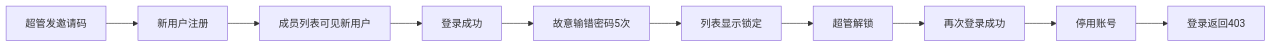
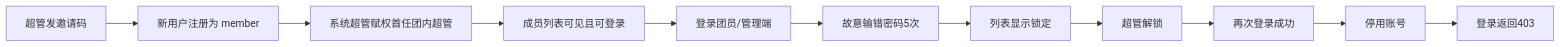
One commit to cmbmail/choir changed the sixth of 6 diagrams in docs/弦歌合唱团管理系统-需求与开发计划-v2.0.md. Above: the diagram before and after it, drawn with Mermaid. The commit also changed other lines of this file and 45 other files, not shown here.

````diff
--- a/docs/弦歌合唱团管理系统-需求与开发计划-v2.0.md
+++ b/docs/弦歌合唱团管理系统-需求与开发计划-v2.0.md
@@ -837,12 +951,13 @@
 ```mermaid
 flowchart LR
-  A[超管发邀请码] --> B[新用户注册]
-  B --> C[成员列表可见新用户]
-  C --> D[登录成功]
-  D --> E[故意输错密码5次]
-  E --> F[列表显示锁定]
-  F --> G[超管解锁]
-  G --> H[再次登录成功]
-  H --> I[停用账号]
-  I --> J[登录返回403]
+  A[超管发邀请码] --> B[新用户注册为 member]
+  B --> C[系统超管赋权首任团内超管]
+  C --> D[成员列表可见且可登录]
+  D --> E[登录团员/管理端]
+  E --> F[故意输错密码5次]
+  F --> G[列表显示锁定]
+  G --> H[超管解锁]
+  H --> I[再次登录成功]
+  I --> J[停用账号]
+  J --> K[登录返回403]
 ```
````
